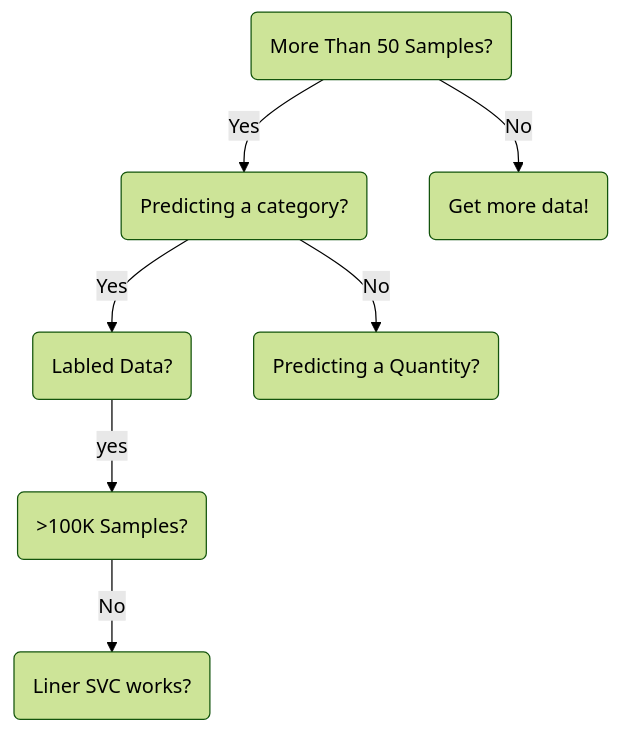
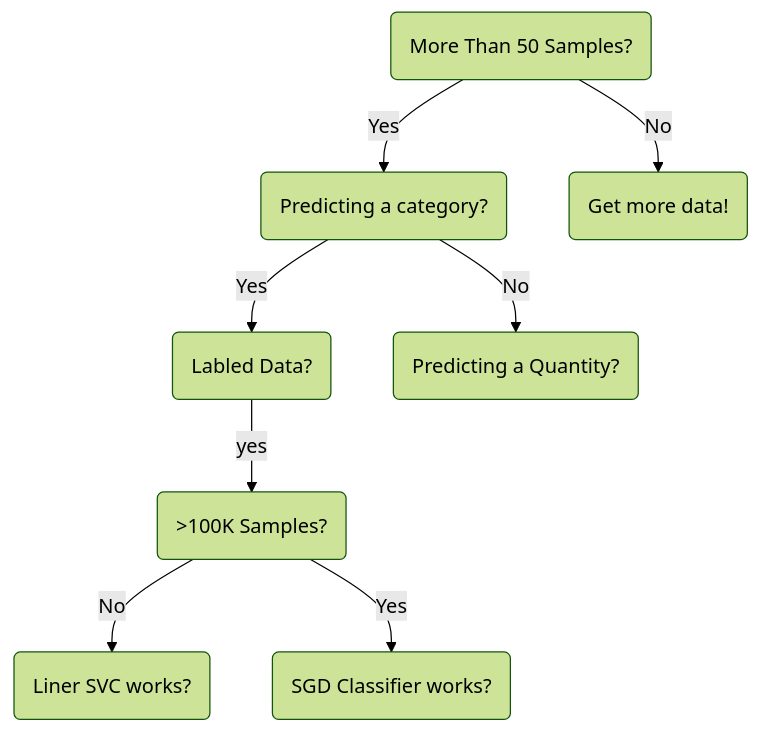
Before and after one commit to hwetsman/Public_Notes: the diagram in ML_Cheatsheet.md, drawn with Mermaid (forest theme).

````diff
--- a/ML_Cheatsheet.md
+++ b/ML_Cheatsheet.md
@@ -1,20 +1,22 @@
 ```mermaid
 flowchart TD
 id1(More Than 50 Samples?)
   id2(Predicting a category?)
     id1-->|Yes|id2
     id4(Labled Data?)
       id2-->|Yes|id4
       id6(>100K Samples?)
         id4-->|yes|id6
         id7(Liner SVC works?)
         id6-->|No|id7
+        id8(SGD Classifier works?)
+        id6-->|Yes|id8
     id5(Predicting a Quantity?)
       id2-->|No|id5
 
 
   id3(Get more data!)
     id1-->|No|id3
   
   
 ```
````
